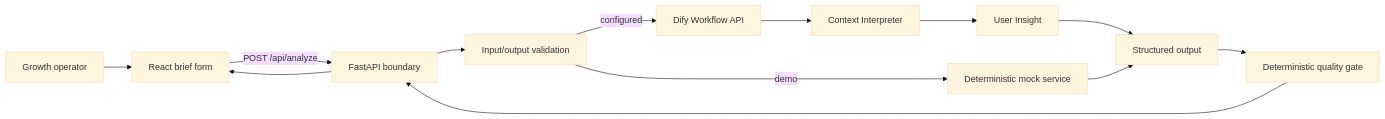
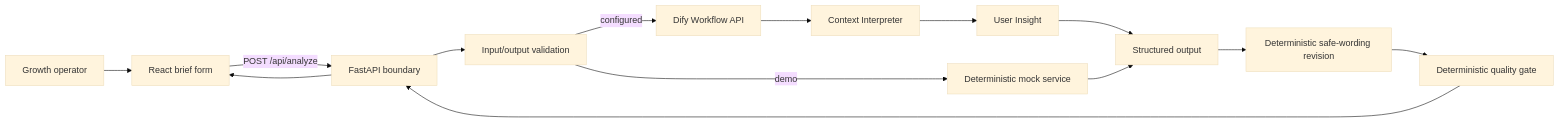
Before and after one commit to ftw10181-oss/ai-growth-agent: the first of 2 diagrams in docs/architecture.md, drawn with Mermaid (base theme). The commit also changed other lines of this file and 13 other files, not shown here.

````diff
--- a/docs/architecture.md
+++ b/docs/architecture.md
@@ -5,14 +5,15 @@
 ```mermaid
 flowchart LR
     U["Growth operator"] --> F["React brief form"]
     F -->|"POST /api/analyze"| B["FastAPI boundary"]
     B --> V["Input/output validation"]
     V -->|"demo"| M["Deterministic mock service"]
     V -->|"configured"| D["Dify Workflow API"]
     D --> C["Context Interpreter"]
     C --> I["User Insight"]
     I --> O["Structured output"]
     M --> O
-    O --> Q["Deterministic quality gate"]
+    O --> R["Deterministic safe-wording revision"]
+    R --> Q["Deterministic quality gate"]
     Q --> B --> F
 ```
````
